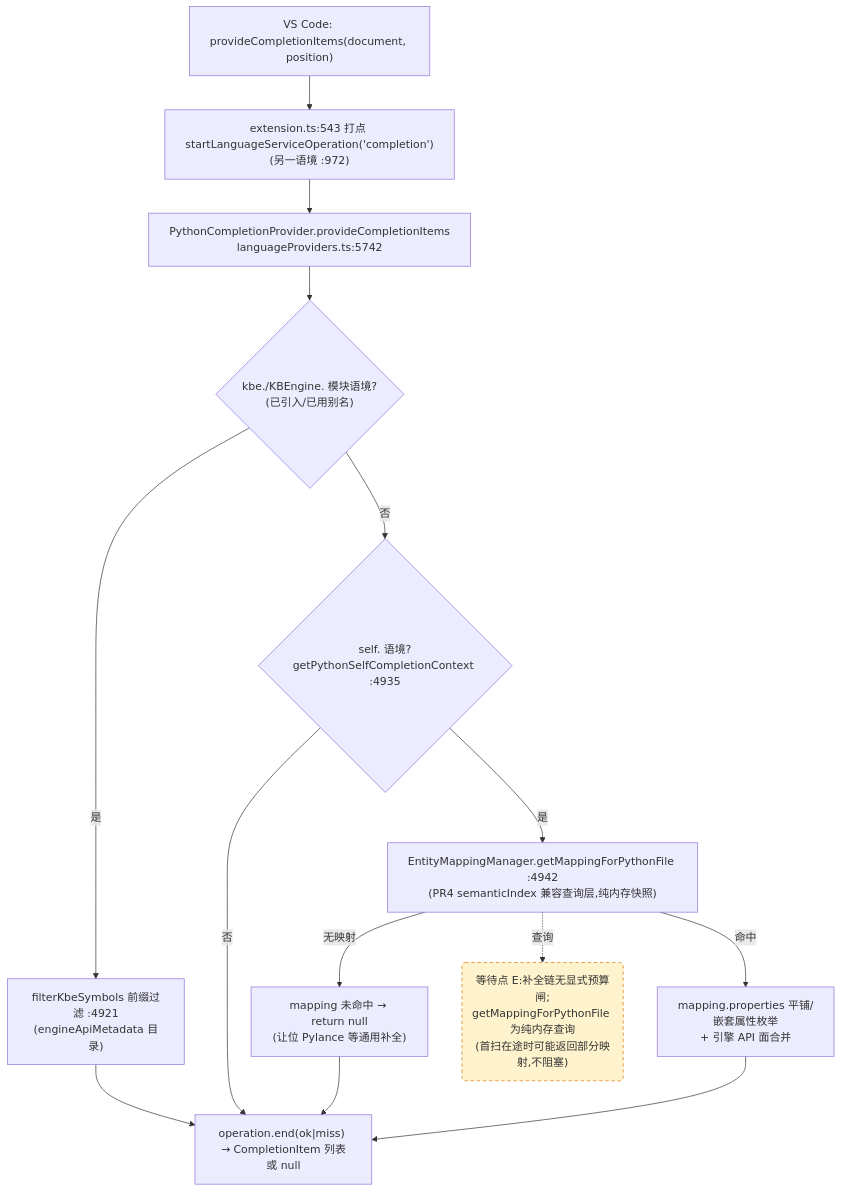
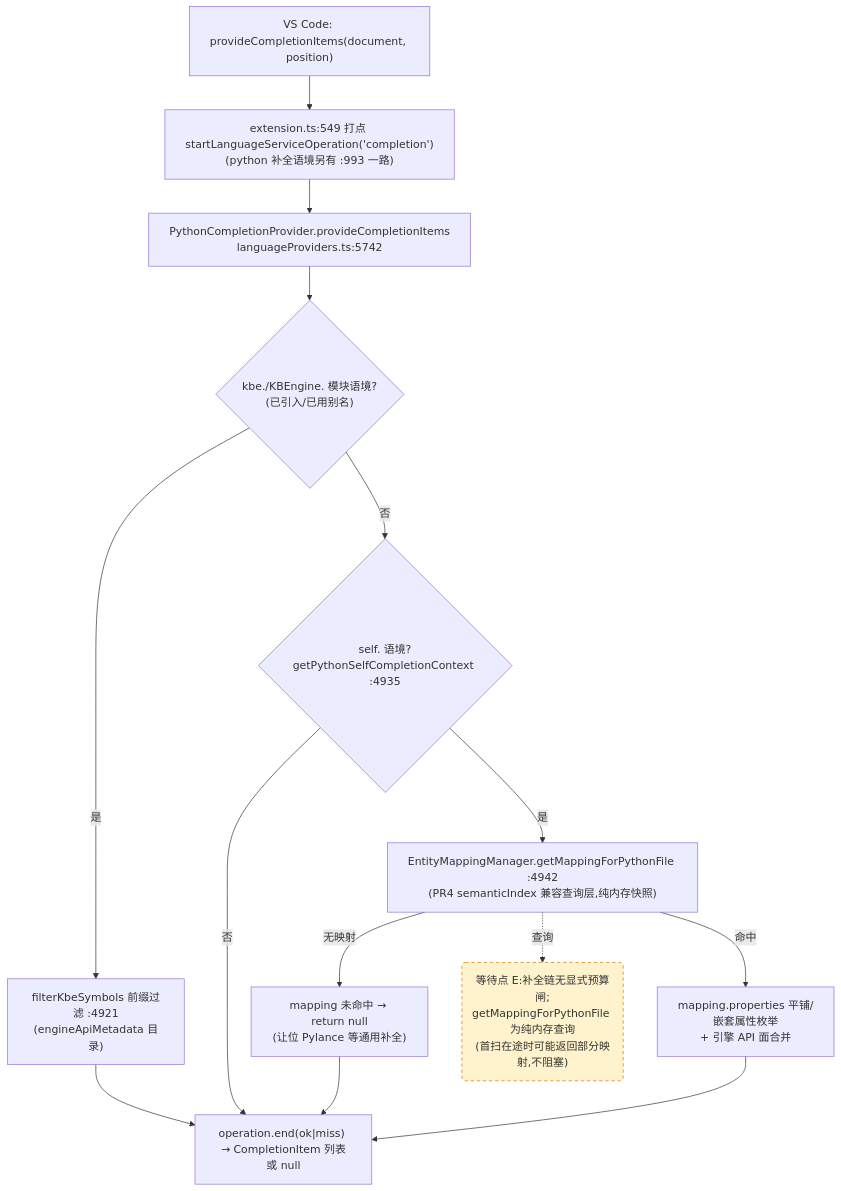
The third of 4 diagrams in docs/perf/2026-baseline.md (cuihairu/kode), drawn with Mermaid before and after one commit. The commit also changed other lines of this file and 9 other files, not shown here.

````diff
--- a/docs/perf/2026-baseline.md
+++ b/docs/perf/2026-baseline.md
@@ -184,27 +184,27 @@
 ```mermaid
 flowchart TD
   VC3["VS Code: provideCompletionItems(document, position)"]
-  M3["extension.ts:543 打点 startLanguageServiceOperation('completion')<br/>(另一语境 :972)"]
+  M3["extension.ts:549 打点 startLanguageServiceOperation('completion')<br/>(python 补全语境另有 :993 一路)"]
   CP["PythonCompletionProvider.provideCompletionItems<br/>languageProviders.ts:5742"]
   KBEC{"kbe./KBEngine. 模块语境?<br/>(已引入/已用别名)"}
   FILTER["filterKbeSymbols 前缀过滤 :4921<br/>(engineApiMetadata 目录)"]
   SELFC{"self. 语境?<br/>getPythonSelfCompletionContext :4935"}
   MAP["EntityMappingManager.getMappingForPythonFile :4942<br/>(PR4 semanticIndex 兼容查询层,纯内存快照)"]
   NOMAP["mapping 未命中 → return null<br/>(让位 Pylance 等通用补全)"]
   PROPS["mapping.properties 平铺/嵌套属性枚举<br/>+ 引擎 API 面合并"]
   END3["operation.end(ok|miss) → CompletionItem 列表或 null"]
 
   VC3 --> M3 --> CP --> KBEC
   KBEC -- "是" --> FILTER --> END3
   KBEC -- "否" --> SELFC
   SELFC -- "否" --> END3
   SELFC -- "是" --> MAP
   MAP -- "无映射" --> NOMAP --> END3
   MAP -- "命中" --> PROPS --> END3
 
   WAITE("等待点 E:补全链无显式预算闸;<br/>getMappingForPythonFile 为纯内存查询<br/>(首扫在途时可能返回部分映射,不阻塞)")
   MAP -.->|查询| WAITE
 
   classDef waitPoint fill:#fff3cd,stroke:#d97706,stroke-dasharray:5 4;
   class WAITE waitPoint;
 ```
````
